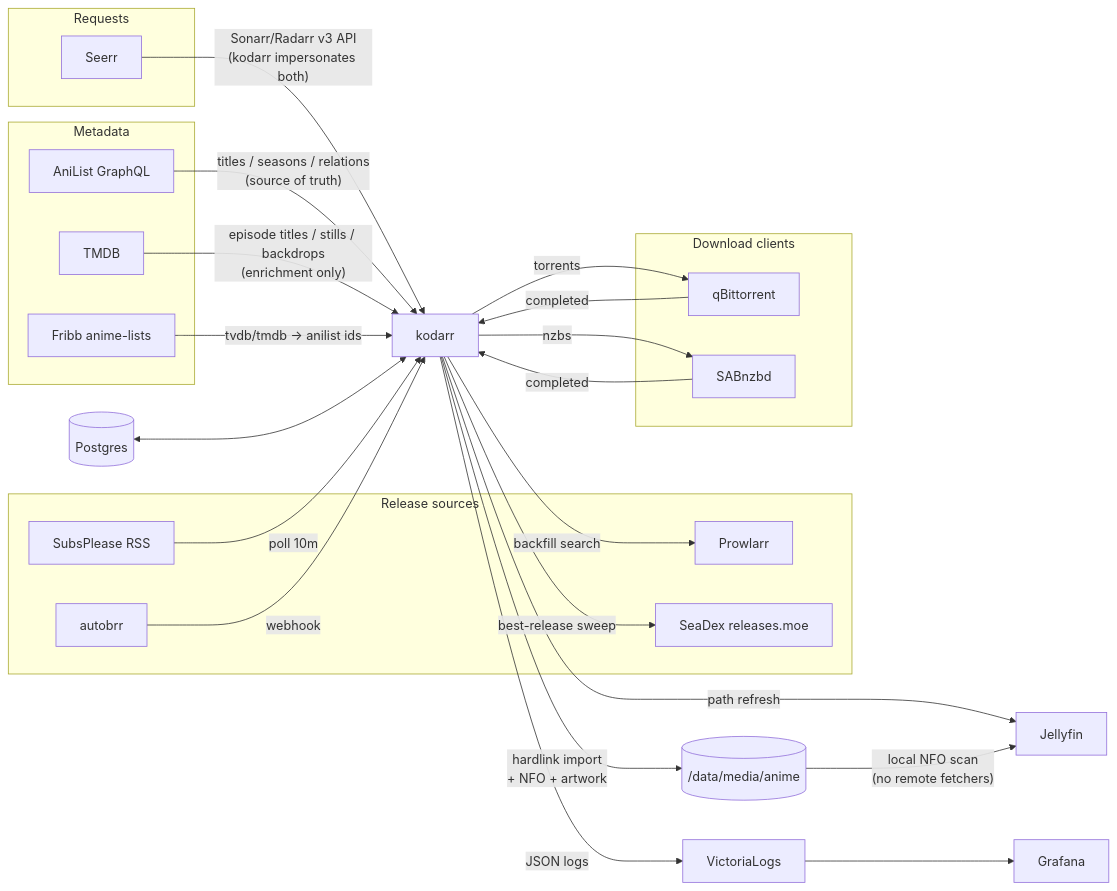
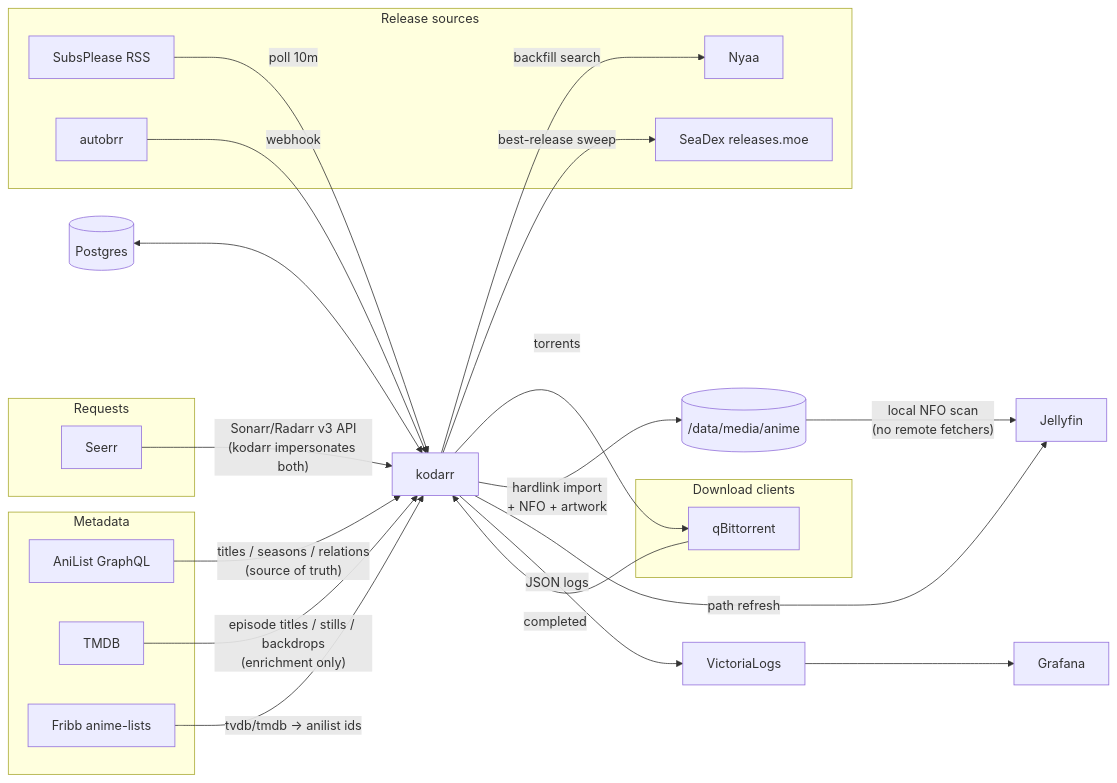
Before and after one commit to npgo22/kodarr: the diagram in README.md, drawn with Mermaid. The commit also changed other lines of this file and 12 other files, not shown here.

First line of the commit message:
Go torrent-only: drop usenet (SABnzbd) and Prowlarr

````diff
--- a/README.md
+++ b/README.md
@@ -9,38 +9,36 @@
 ```mermaid
 flowchart LR
     subgraph requests [Requests]
         seerr[Seerr]
     end
     subgraph sources [Release sources]
         rss[SubsPlease RSS]
         autobrr[autobrr]
-        prowlarr[Prowlarr]
+        nyaa[Nyaa]
         seadex[SeaDex releases.moe]
     end
     subgraph metadata [Metadata]
         anilist[AniList GraphQL]
         tmdb[TMDB]
         fribb[Fribb anime-lists]
     end
     subgraph download [Download clients]
         qbit[qBittorrent]
-        sab[SABnzbd]
     end
 
     seerr -- "Sonarr/Radarr v3 API<br>(kodarr impersonates both)" --> kodarr
     rss -- poll 10m --> kodarr
     autobrr -- webhook --> kodarr
-    kodarr -- backfill search --> prowlarr
+    kodarr -- backfill search --> nyaa
     kodarr -- best-release sweep --> seadex
     anilist -- "titles / seasons / relations<br>(source of truth)" --> kodarr
     tmdb -- "episode titles / stills / backdrops<br>(enrichment only)" --> kodarr
     fribb -- "tvdb/tmdb → anilist ids" --> kodarr
     kodarr -- torrents --> qbit
-    kodarr -- nzbs --> sab
-    qbit & sab -- completed --> kodarr
+    qbit -- completed --> kodarr
     kodarr -- "hardlink import<br>+ NFO + artwork" --> lib[(/data/media/anime)]
     kodarr -- path refresh --> jellyfin[Jellyfin]
     lib -- "local NFO scan<br>(no remote fetchers)" --> jellyfin
     kodarr -- JSON logs --> vl[VictoriaLogs] --> grafana[Grafana]
     pg[(Postgres)] <--> kodarr
 ```
````
